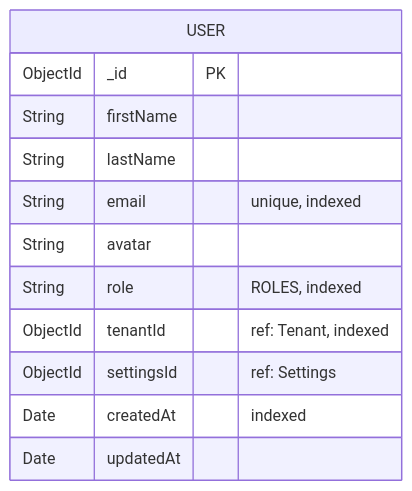
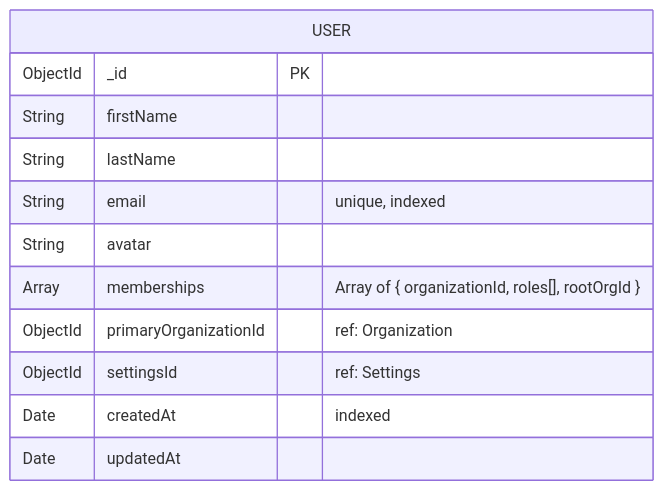
One commit to NightDevilPT/warranty-management changed the first of 4 diagrams in apps/server/src/modules/admin.md. Above: the diagram before and after it, drawn with Mermaid. The commit also changed other lines of this file and 21 other files, not shown here.

Commit message:
wm:backend:user-verify-role-schema-updated

````diff
--- a/apps/server/src/modules/admin.md
+++ b/apps/server/src/modules/admin.md
@@ -60,15 +18,15 @@
 ```mermaid
 erDiagram
   USER {
     ObjectId _id PK
     String firstName
     String lastName
     String email "unique, indexed"
     String avatar
-    String role "ROLES, indexed"
-    ObjectId tenantId "ref: Tenant, indexed"
+    Array memberships "Array of { organizationId, roles[], rootOrgId }"
+    ObjectId primaryOrganizationId "ref: Organization"
     ObjectId settingsId "ref: Settings"
     Date createdAt "indexed"
     Date updatedAt
   }
 ```
````
